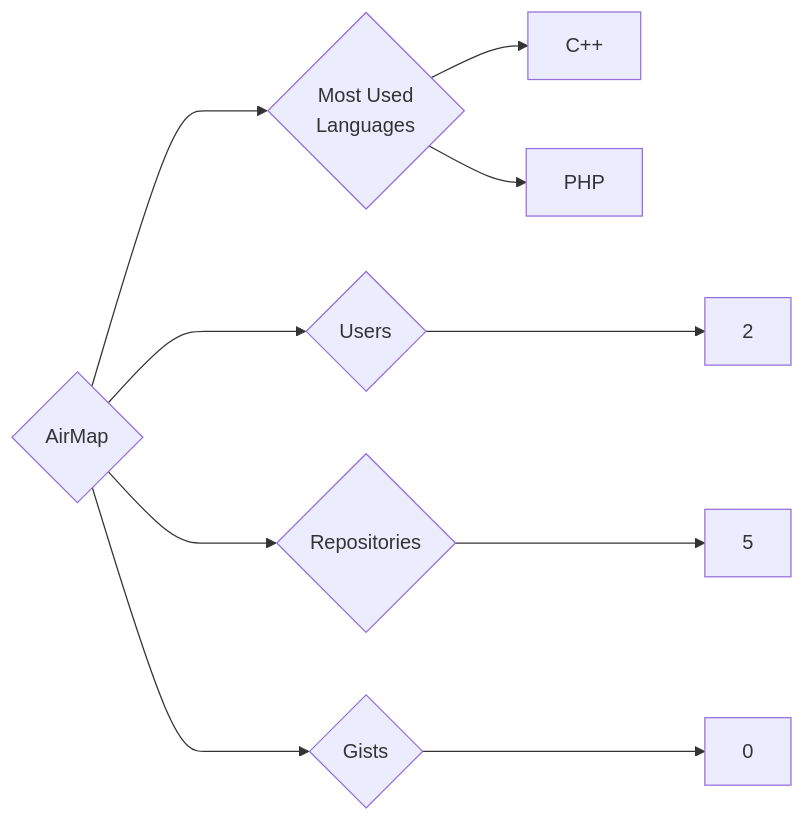
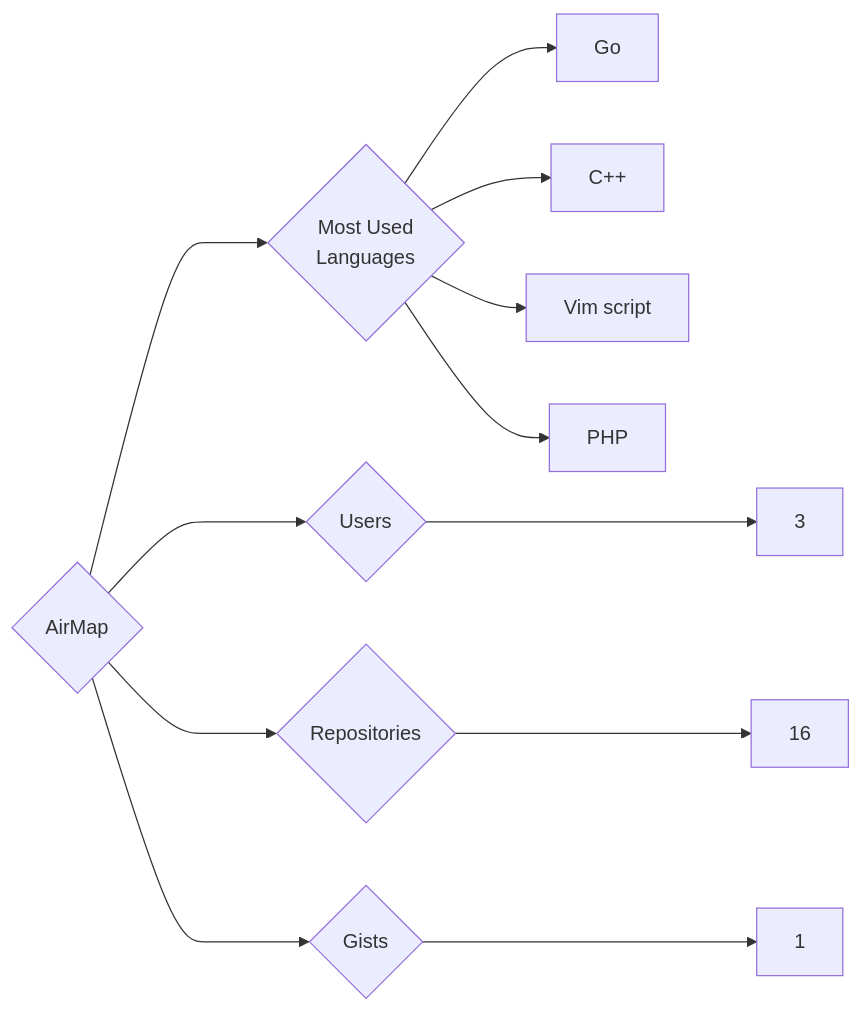
One commit to trickest/insiders changed the diagram in targets/AirMap/README.md. Above: the diagram before and after it, drawn with Mermaid. The commit also changed 782 other files, not shown here.

````diff
--- a/targets/AirMap/README.md
+++ b/targets/AirMap/README.md
@@ -3,10 +3,12 @@
 ```mermaid
 graph LR
 COMPANY_NAME{AirMap}
-COMPANY_NAME ---> U{Users} ---> UN[2]
-COMPANY_NAME ---> R{Repositories} ---> RN[5]
-COMPANY_NAME ---> G{Gists} ---> GN[0]
+COMPANY_NAME ---> U{Users} ---> UN[3]
+COMPANY_NAME ---> R{Repositories} ---> RN[16]
+COMPANY_NAME ---> G{Gists} ---> GN[1]
 COMPANY_NAME ---> ML{Most Used<br>Languages}
+ML --> Go[Go]
 ML --> C++[C++]
+ML --> Vim_script[Vim script]
 ML --> PHP[PHP]
 ```
````
